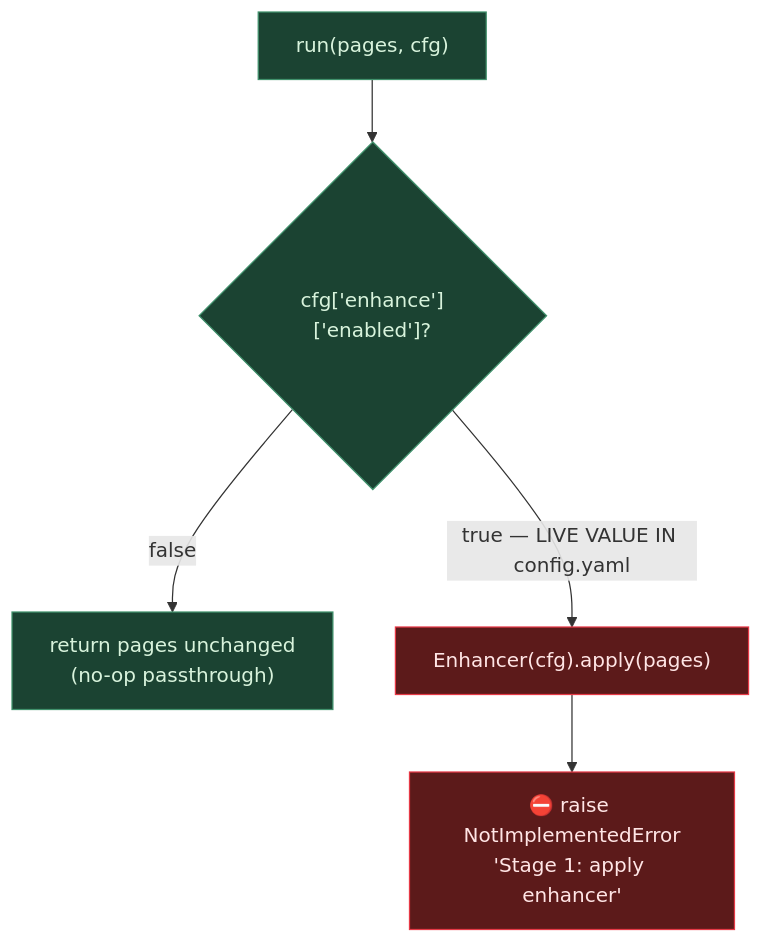
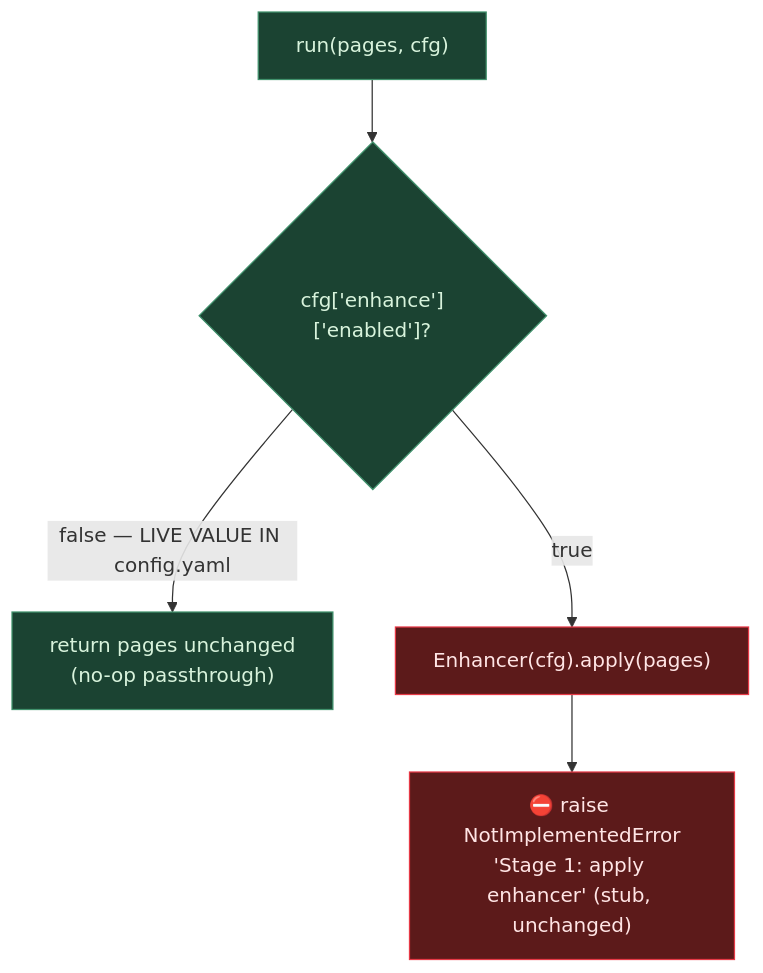
One commit to Atika-Tabassum/doc-agent-G09 changed the fourth of 11 diagrams in doc-agent-starter/reports/pipeline_diagram.md. Above: the diagram before and after it, drawn with Mermaid. The commit also changed other lines of this file, not shown here.

Commit message:
pipeline diagram updated

````diff
--- a/doc-agent-starter/reports/pipeline_diagram.md
+++ b/doc-agent-starter/reports/pipeline_diagram.md
@@ -197,12 +200,12 @@
 ```mermaid
 flowchart TD
     A["run(pages, cfg)"] --> B{"cfg['enhance']['enabled']?"}
-    B -->|false| C["return pages unchanged<br/>(no-op passthrough)"]
-    B -->|true — LIVE VALUE IN config.yaml| D["Enhancer(cfg).apply(pages)"]
-    D --> E["⛔ raise NotImplementedError<br/>'Stage 1: apply enhancer'"]
+    B -->|false — LIVE VALUE IN config.yaml| C["return pages unchanged<br/>(no-op passthrough)"]
+    B -->|true| D["Enhancer(cfg).apply(pages)"]
+    D --> E["⛔ raise NotImplementedError<br/>'Stage 1: apply enhancer' (stub, unchanged)"]
 
     classDef done fill:#1b4332,stroke:#40916c,color:#d8f3dc
     classDef blocked fill:#5c1a1a,stroke:#e63946,color:#ffe5e5
     class A,B,C done
     class D,E blocked
 ```
````
